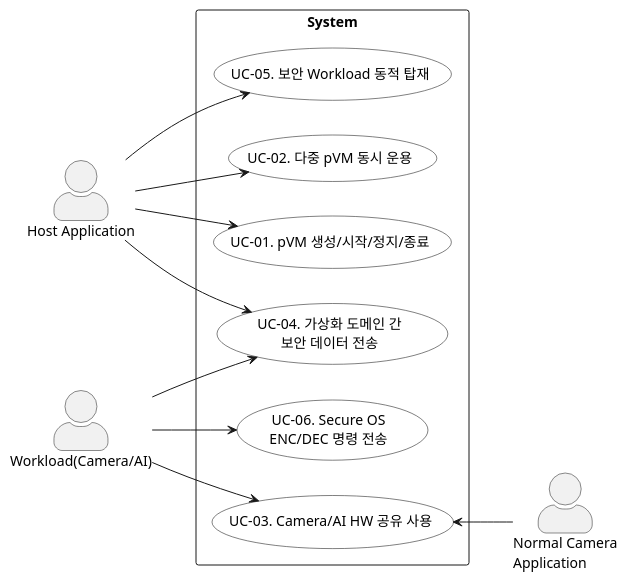
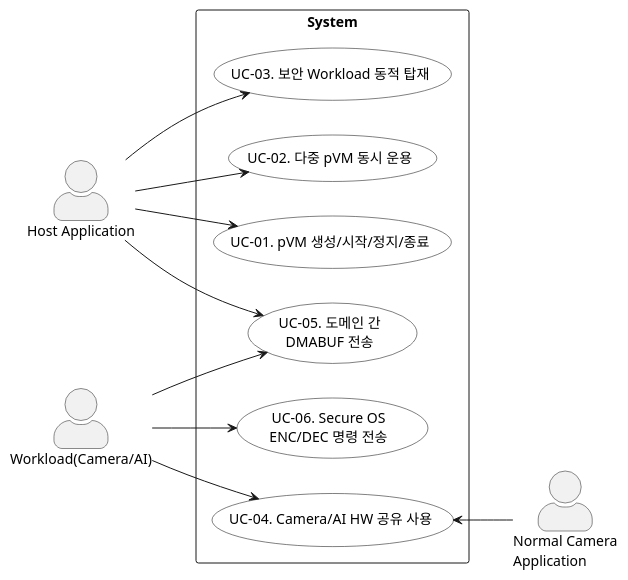
One commit to boram1288/test-p changed the diagram in docs/01_use_case.md. Above: the diagram before and after it, drawn with PlantUML. The commit also changed other lines of this file and 1 other file, not shown here.

Commit message:
docs: update use case order and specifications

````diff
--- a/docs/01_use_case.md
+++ b/docs/01_use_case.md
@@ -32,37 +32,37 @@
 ```plantuml
 @startuml
 left to right direction
 skinparam packageStyle rectangle
 skinparam actorStyle awesome
 skinparam usecase {
   BackgroundColor White
   BorderColor Black
 }
 
 actor "Host Application" as HostApp
 actor "Workload(Camera/AI)" as Workload
 
 rectangle "System" {
   usecase "UC-06. Secure OS\nENC/DEC 명령 전송" as UC06
-  usecase "UC-05. 보안 Workload 동적 탑재" as UC05
-  usecase "UC-04. 가상화 도메인 간\n보안 데이터 전송" as UC04
-  usecase "UC-03. Camera/AI HW 공유 사용" as UC03
+  usecase "UC-05. 도메인 간\nDMABUF 전송" as UC05
+  usecase "UC-04. Camera/AI HW 공유 사용" as UC04
+  usecase "UC-03. 보안 Workload 동적 탑재" as UC03
   usecase "UC-02. 다중 pVM 동시 운용" as UC02
   usecase "UC-01. pVM 생성/시작/정지/종료" as UC01
 }
 
 actor "Normal Camera\nApplication" as NormalCameraApp
 
 HostApp --> UC01
 HostApp --> UC02
-HostApp --> UC04
+HostApp --> UC03
 HostApp --> UC05
 
-Workload --> UC03
 Workload --> UC04
+Workload --> UC05
 Workload --> UC06
 
-UC03 <-- NormalCameraApp
+UC04 <-- NormalCameraApp
 
 @enduml
 ```
````
